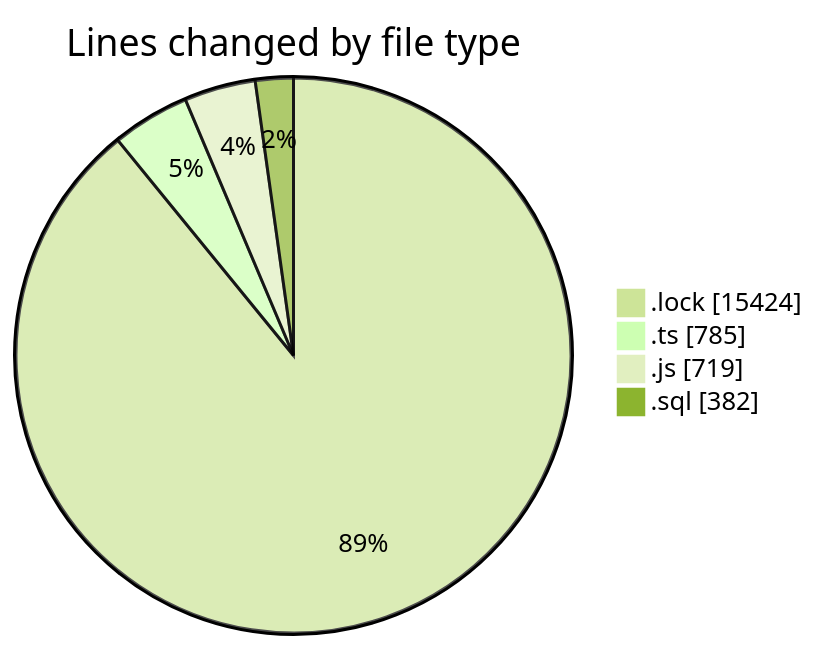
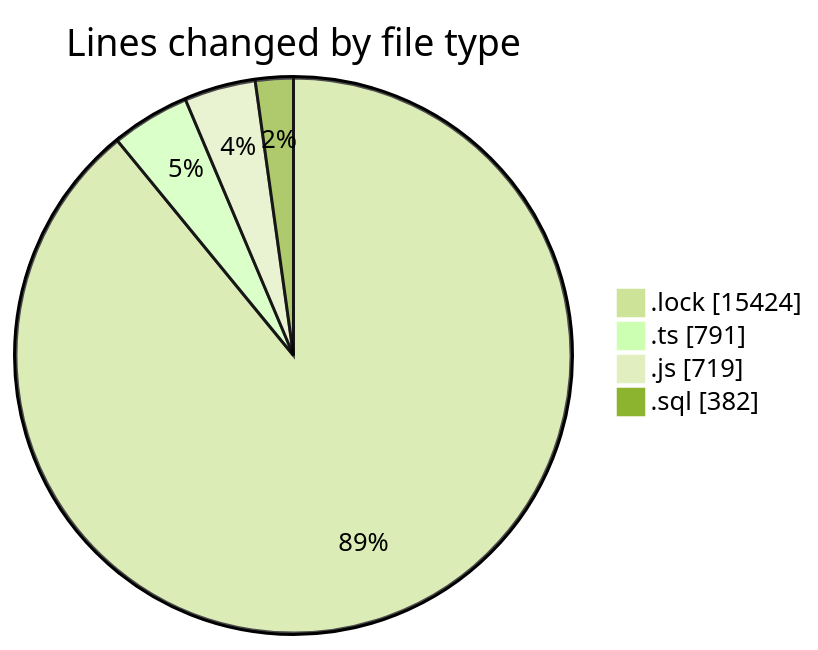
One commit to momahboobian/code-tracking changed the first of 2 diagrams in 2025-05-22/cda/README.md. Above: the diagram before and after it, drawn with Mermaid (forest theme). The commit also changed other lines of this file and 1 other file, not shown here.

````diff
--- a/2025-05-22/cda/README.md
+++ b/2025-05-22/cda/README.md
@@ -27,8 +27,8 @@
 ```mermaid
 pie showData
 title Lines changed by file type
 ".lock" : 15424
-".ts" : 785
+".ts" : 791
 ".js" : 719
 ".sql" : 382
 ```
````
